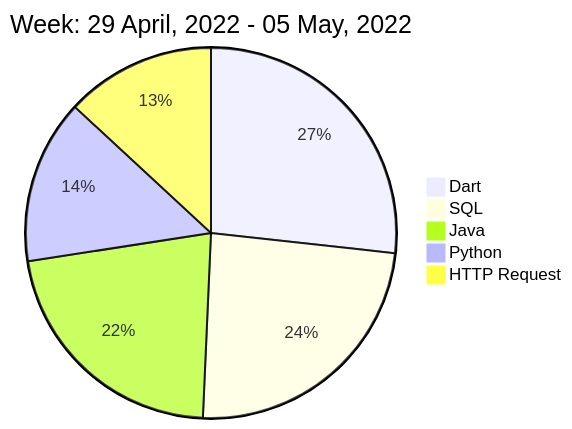
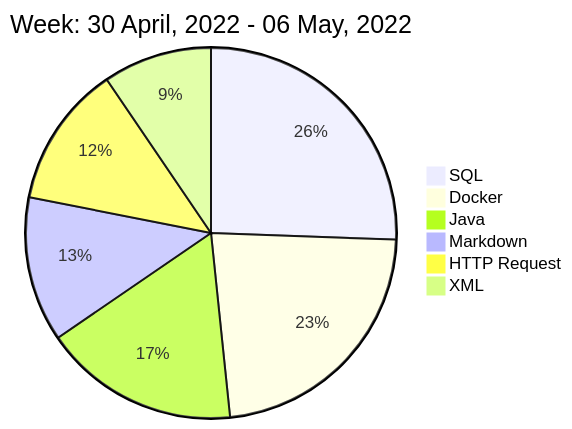
The diagram in README.md (liubin95/liubin95), drawn with Mermaid before and after one commit.

Commit message:
Updated the Graph with new Metrics

````diff
--- a/README.md
+++ b/README.md
@@ -40,9 +40,10 @@
 ```mermaid
  pie
-title Week: 29 April, 2022 - 05 May, 2022
- "Dart" : 1.53
- "SQL" : 1.37
- "Java" : 1.25
- "Python" : 0.82
- "HTTP Request" : 0.75
+title Week: 30 April, 2022 - 06 May, 2022
+ "SQL" : 2.02
+ "Docker" : 1.8
+ "Java" : 1.35
+ "Markdown" : 1.0
+ "HTTP Request" : 0.98
+ "XML" : 0.75
 ```
````
